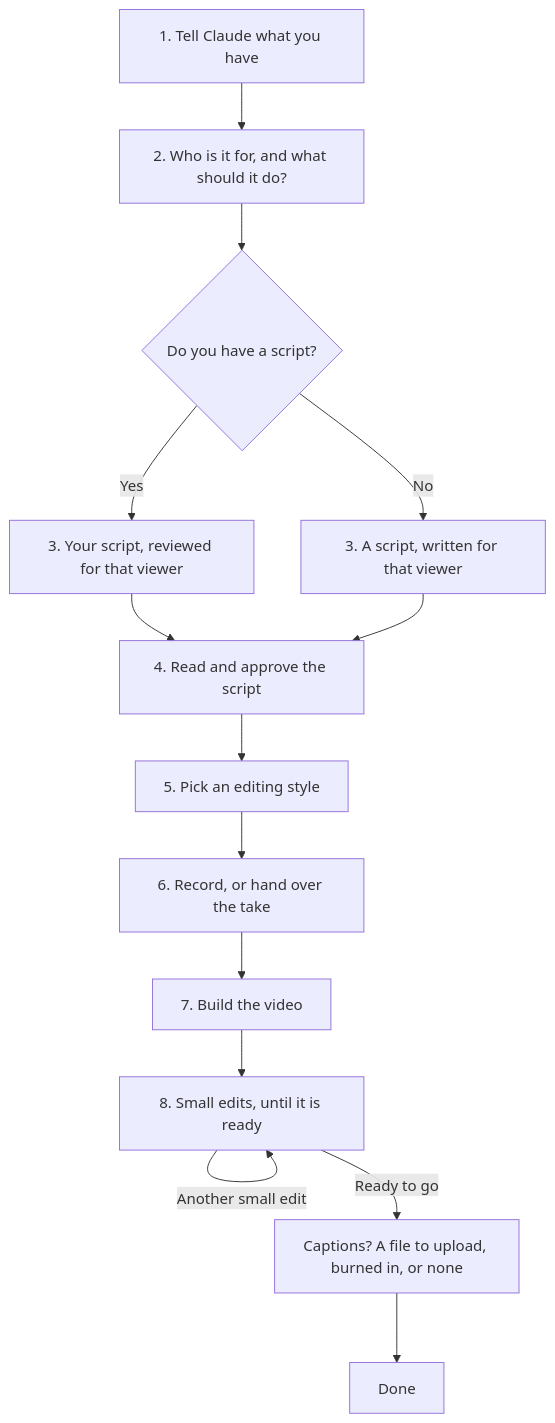
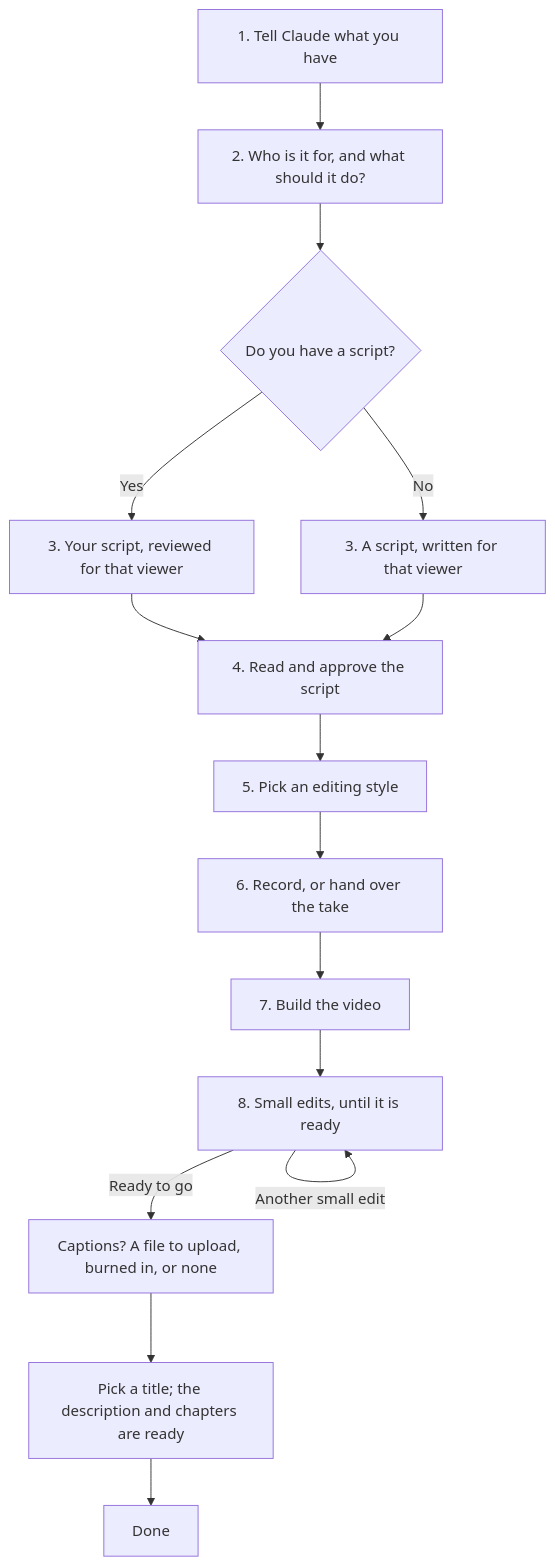
The diagram in README.md (jkupchanko/qdrant-video-suite), drawn with Mermaid before and after one commit. The commit also changed other lines of this file and 12 other files, not shown here.

First line of the commit message:
New upload-kit skill: title, description and chapters drafted from the script, checked; a build step and start-here's last question

````diff
--- a/README.md
+++ b/README.md
@@ -17,16 +17,17 @@
 ```mermaid
 flowchart TD
     A["1. Tell Claude what you have"] --> B["2. Who is it for, and what should it do?"]
     B --> C{"Do you have a script?"}
     C -- "Yes" --> D["3. Your script, reviewed for that viewer"]
     C -- "No" --> E["3. A script, written for that viewer"]
     D --> F["4. Read and approve the script"]
     E --> F
     F --> G["5. Pick an editing style"]
     G --> H["6. Record, or hand over the take"]
     H --> I["7. Build the video"]
     I --> J["8. Small edits, until it is ready"]
     J -- "Another small edit" --> J
     J -- "Ready to go" --> L["Captions? A file to upload, burned in, or none"]
-    L --> K["Done"]
+    L --> M["Pick a title; the description and chapters are ready"]
+    M --> K["Done"]
 ```
````
